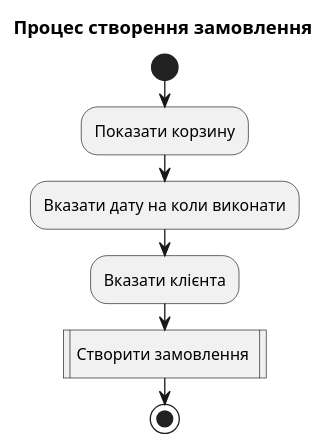
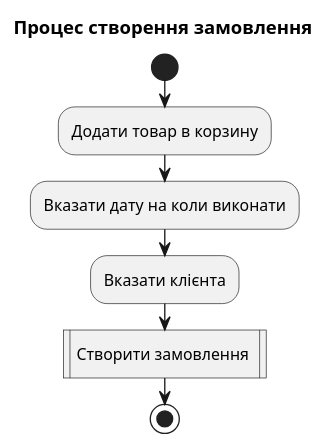
Before and after one commit to Stakhow/crm: the diagram in backend/uml/orderProcess.plantuml, drawn with PlantUML. The commit also changed 60 other files, not shown here.

```diff
--- a/backend/uml/orderProcess.plantuml
+++ b/backend/uml/orderProcess.plantuml
@@ -1,11 +1,11 @@
 @startuml orderProcess
 title Процес створення замовлення
 start
 
-:Показати корзину;
+:Додати товар в корзину;
 :Вказати дату на коли виконати;
 :Вказати клієнта;
 
 :Створити замовлення |
 stop
 @enduml
```
